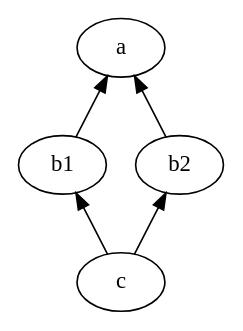
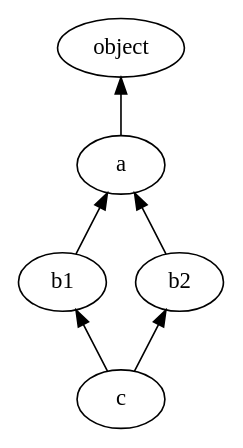
The diagram in diamond.dot (CustomProgrammingSolutions/PythonMRO), drawn with Graphviz before and after one commit. The commit also changed 3 other files, not shown here.

Commit message:
Update diagrams

```diff
--- a/diamond.dot
+++ b/diamond.dot
@@ -1,6 +1,7 @@
 digraph {
+    object -> a [dir=back];
     a -> b1 [dir=back];
     a -> b2 [dir=back];
     b1 -> c [dir=back];
     b2 -> c [dir=back];
 }
```
